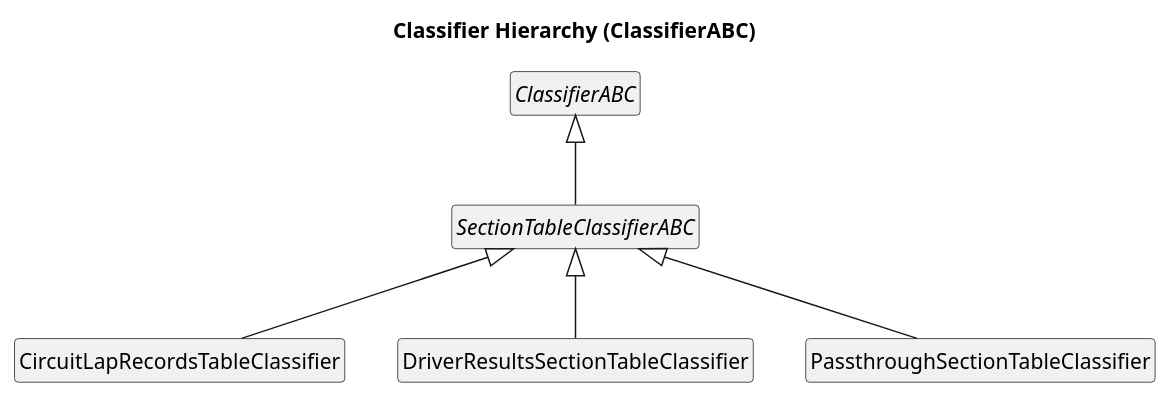
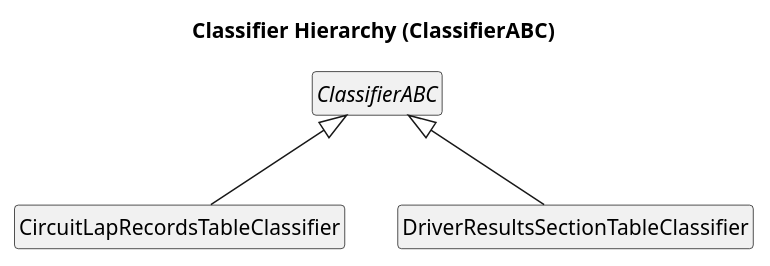
One commit to bgembalczyk/F1 changed the diagram in docs/uml/inheritance/components/01_classifiers.puml. Above: the diagram before and after it, drawn with PlantUML. The commit also changed 19 other files, not shown here.

```diff
--- a/docs/uml/inheritance/components/01_classifiers.puml
+++ b/docs/uml/inheritance/components/01_classifiers.puml
@@ -1,18 +1,14 @@
 @startuml
 title Classifier Hierarchy (ClassifierABC)
 skinparam classAttributeIconSize 0
 hide empty members
 hide circle
 
 class CircuitLapRecordsTableClassifier
 abstract class ClassifierABC
 class DriverResultsSectionTableClassifier
-class PassthroughSectionTableClassifier
-abstract class SectionTableClassifierABC
 
-SectionTableClassifierABC <|-- CircuitLapRecordsTableClassifier
-SectionTableClassifierABC <|-- DriverResultsSectionTableClassifier
-SectionTableClassifierABC <|-- PassthroughSectionTableClassifier
-ClassifierABC <|-- SectionTableClassifierABC
+ClassifierABC <|-- CircuitLapRecordsTableClassifier
+ClassifierABC <|-- DriverResultsSectionTableClassifier
 
 @enduml
```
